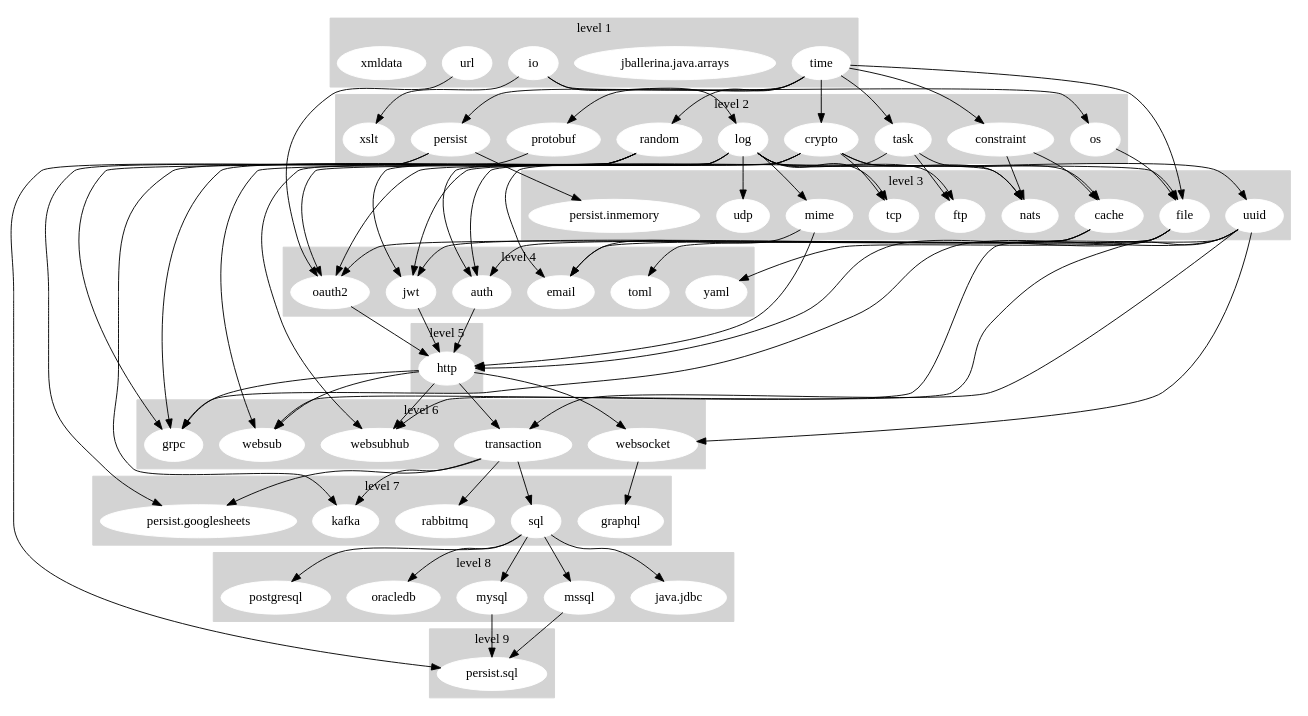
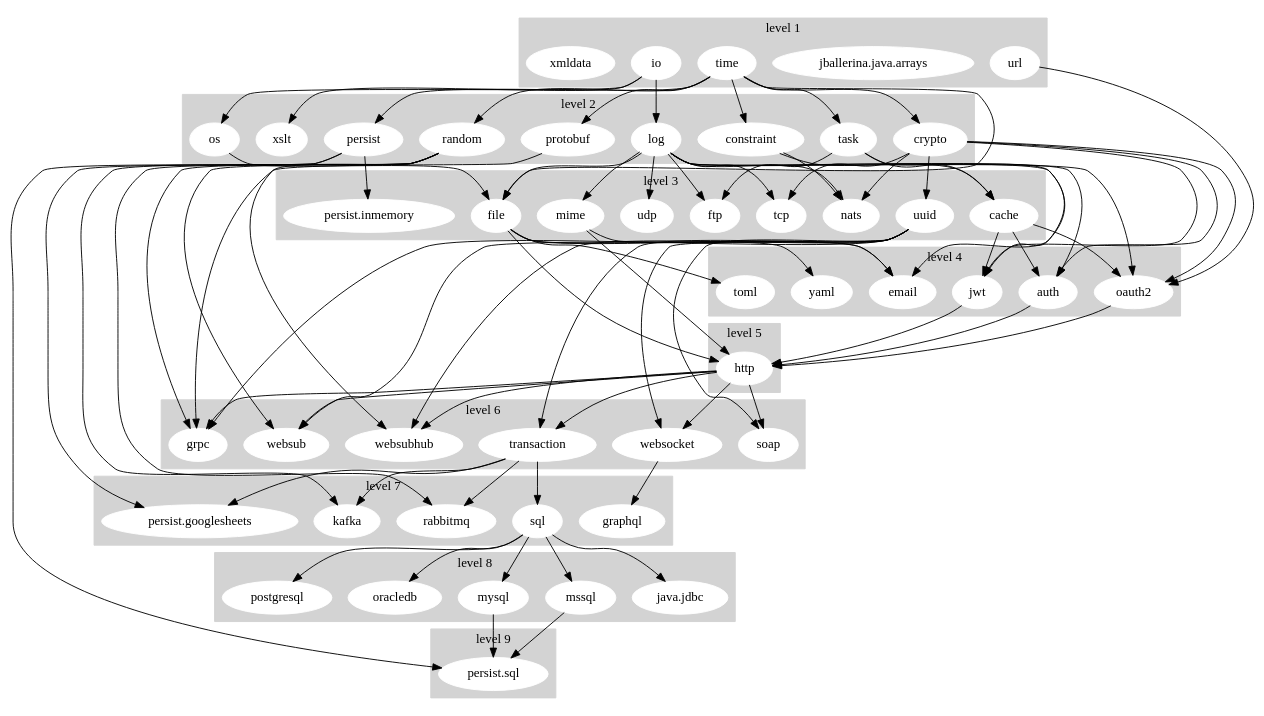
The diagram in dashboard/stdlib_graph.gv (ballerina-platform/ballerina-release), drawn with Graphviz before and after one commit.

Commit message:
[Automated] Update Stdlib Dependency Graph

```diff
--- a/dashboard/stdlib_graph.gv
+++ b/dashboard/stdlib_graph.gv
@@ -1,167 +1,171 @@
 digraph "Stdlib Dependency Graph" {
 	subgraph cluster_1 {
 		node [color=white style=filled]
 		color=lightgrey style=filled
 		io
 		"jballerina.java.arrays"
 		time
 		url
 		xmldata
 		label="level 1"
 	}
 	subgraph cluster_2 {
 		node [color=white style=filled]
 		color=lightgrey style=filled
 		constraint
 		crypto
 		log
 		os
 		persist
 		protobuf
 		random
 		task
 		xslt
 		label="level 2"
 	}
 	subgraph cluster_3 {
 		node [color=white style=filled]
 		color=lightgrey style=filled
 		cache
 		file
 		ftp
 		mime
 		nats
 		"persist.inmemory"
 		tcp
 		udp
 		uuid
 		label="level 3"
 	}
 	subgraph cluster_4 {
 		node [color=white style=filled]
 		color=lightgrey style=filled
 		auth
 		email
 		jwt
 		oauth2
 		toml
 		yaml
 		label="level 4"
 	}
 	subgraph cluster_5 {
 		node [color=white style=filled]
 		color=lightgrey style=filled
 		http
 		label="level 5"
 	}
 	subgraph cluster_6 {
 		node [color=white style=filled]
 		color=lightgrey style=filled
 		grpc
+		soap
 		transaction
 		websocket
 		websub
 		websubhub
 		label="level 6"
 	}
 	subgraph cluster_7 {
 		node [color=white style=filled]
 		color=lightgrey style=filled
 		graphql
 		kafka
 		"persist.googlesheets"
 		rabbitmq
 		sql
 		label="level 7"
 	}
 	subgraph cluster_8 {
 		node [color=white style=filled]
 		color=lightgrey style=filled
 		"java.jdbc"
 		mssql
 		mysql
 		oracledb
 		postgresql
 		label="level 8"
 	}
 	subgraph cluster_9 {
 		node [color=white style=filled]
 		color=lightgrey style=filled
 		"persist.sql"
 		label="level 9"
 	}
 	io -> log
 	io -> os
 	io -> xslt
 	time -> constraint
 	time -> crypto
 	time -> file
 	time -> persist
 	time -> protobuf
 	time -> random
 	time -> task
 	url -> oauth2
 	constraint -> cache
 	constraint -> nats
 	crypto -> auth
 	crypto -> jwt
 	crypto -> nats
 	crypto -> oauth2
 	crypto -> tcp
 	crypto -> uuid
 	log -> auth
 	log -> file
 	log -> ftp
 	log -> jwt
 	log -> mime
 	log -> nats
 	log -> oauth2
 	log -> tcp
 	log -> udp
 	os -> file
 	persist -> "persist.googlesheets"
 	persist -> "persist.inmemory"
 	persist -> "persist.sql"
 	protobuf -> grpc
 	random -> grpc
 	random -> kafka
+	random -> rabbitmq
 	random -> websub
 	random -> websubhub
 	task -> cache
 	task -> email
 	task -> ftp
 	cache -> auth
 	cache -> jwt
 	cache -> oauth2
 	file -> email
 	file -> http
 	file -> toml
 	file -> yaml
 	mime -> email
 	mime -> http
 	uuid -> grpc
+	uuid -> soap
 	uuid -> transaction
 	uuid -> websocket
 	uuid -> websub
 	uuid -> websubhub
 	auth -> http
 	jwt -> http
 	oauth2 -> http
 	http -> grpc
+	http -> soap
 	http -> transaction
 	http -> websocket
 	http -> websub
 	http -> websubhub
 	transaction -> kafka
 	transaction -> "persist.googlesheets"
 	transaction -> rabbitmq
 	transaction -> sql
 	websocket -> graphql
 	sql -> "java.jdbc"
 	sql -> mssql
 	sql -> mysql
 	sql -> oracledb
 	sql -> postgresql
 	mssql -> "persist.sql"
 	mysql -> "persist.sql"
 }
```
